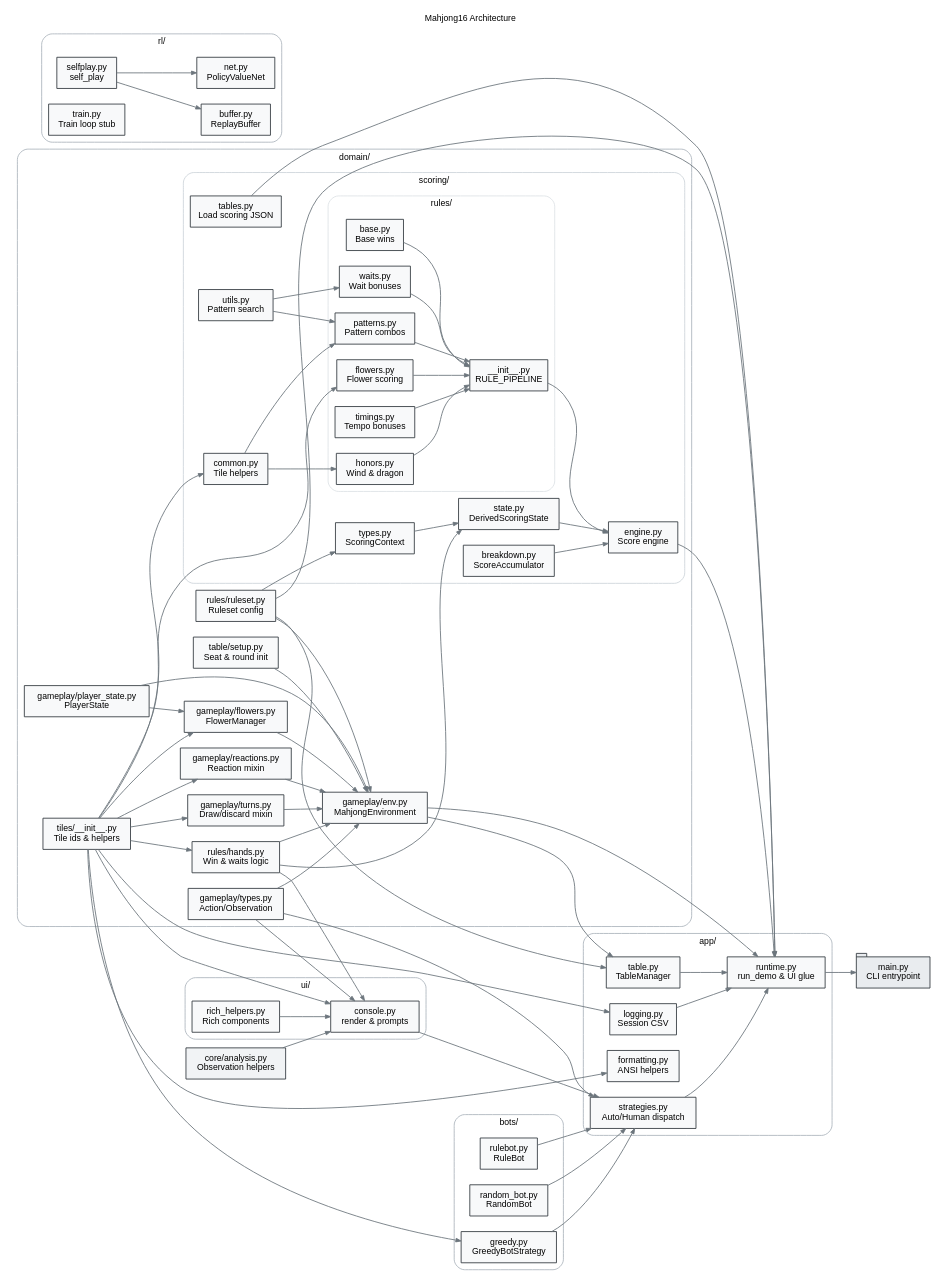
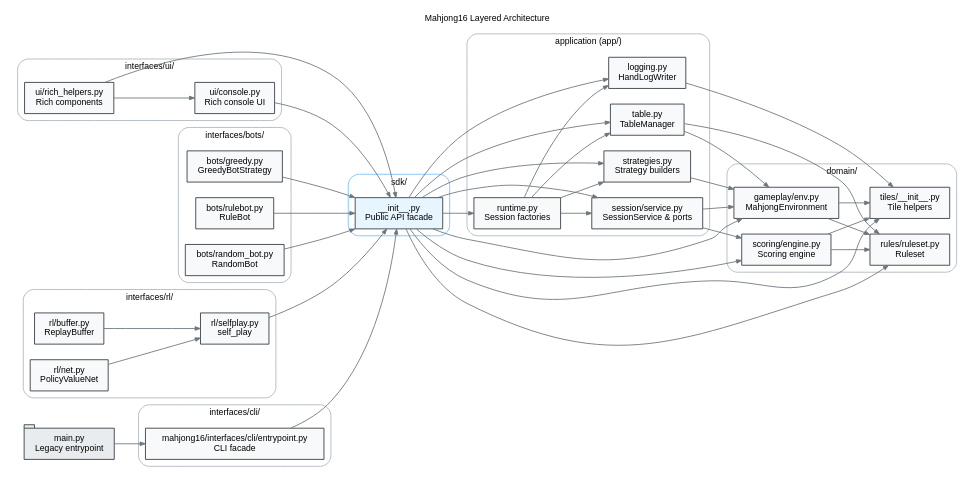
The diagram in docs/architecture/diagram.gv (yuweiiihuang/mahjong16), drawn with Graphviz before and after one commit. The commit also changed 32 other files, not shown here.

Commit message:
feat: introduce sdk facade and interface cli

```diff
--- a/docs/architecture/diagram.gv
+++ b/docs/architecture/diagram.gv
@@ -1,165 +1,111 @@
-// Graphviz diagram of Mahjong16 modules and dependencies
+// Layered architecture for Mahjong16 with SDK facade
 digraph Mahjong16 {
-    graph [rankdir=LR, fontsize=10, fontname="Helvetica", labelloc="t", label="Mahjong16 Architecture"];
+    graph [rankdir=LR, fontsize=10, fontname="Helvetica", labelloc="t", label="Mahjong16 Layered Architecture"];
     node [shape=box, fontsize=10, fontname="Helvetica", style="filled", fillcolor="#f8f9fa", color="#343a40"];
     edge [color="#6c757d", arrowsize=0.6];
+
+    subgraph cluster_interfaces_cli {
+        label = "interfaces/cli/";
+        color = "#adb5bd";
+        style = "rounded";
+        iface_cli_entry [label="mahjong16/interfaces/cli/entrypoint.py\nCLI facade"];
+    }
+
+    subgraph cluster_interfaces_ui {
+        label = "interfaces/ui/";
+        color = "#adb5bd";
+        style = "rounded";
+        ui_console [label="ui/console.py\nRich console UI"];
+        ui_helpers [label="ui/rich_helpers.py\nRich components"];
+    }
+
+    subgraph cluster_interfaces_bots {
+        label = "interfaces/bots/";
+        color = "#adb5bd";
+        style = "rounded";
+        bot_greedy [label="bots/greedy.py\nGreedyBotStrategy"];
+        bot_rule [label="bots/rulebot.py\nRuleBot"];
+        bot_random [label="bots/random_bot.py\nRandomBot"];
+    }
+
+    subgraph cluster_interfaces_rl {
+        label = "interfaces/rl/";
+        color = "#adb5bd";
+        style = "rounded";
+        rl_selfplay [label="rl/selfplay.py\nself_play"];
+        rl_buffer [label="rl/buffer.py\nReplayBuffer"];
+        rl_net [label="rl/net.py\nPolicyValueNet"];
+    }
+
+    subgraph cluster_sdk {
+        label = "sdk/";
+        color = "#74c0fc";
+        style = "rounded";
+        sdk_entry [label="__init__.py\nPublic API facade", fillcolor="#e7f5ff"];
+    }
+
+    subgraph cluster_app {
+        label = "application (app/)";
+        color = "#adb5bd";
+        style = "rounded";
+        app_runtime  [label="runtime.py\nSession factories"];
+        app_session  [label="session/service.py\nSessionService & ports"];
+        app_table    [label="table.py\nTableManager"];
+        app_strat    [label="strategies.py\nStrategy builders"];
+        app_logging  [label="logging.py\nHandLogWriter"];
+    }
 
     subgraph cluster_domain {
         label = "domain/";
         color = "#adb5bd";
         style = "rounded";
-
-        domain_tiles      [label="tiles/__init__.py\nTile ids & helpers"];
-        domain_ruleset    [label="rules/ruleset.py\nRuleset config"];
-        domain_rules_hands[label="rules/hands.py\nWin & waits logic"];
-        domain_game_types [label="gameplay/types.py\nAction/Observation"];
-        domain_player     [label="gameplay/player_state.py\nPlayerState"];
-        domain_flowers    [label="gameplay/flowers.py\nFlowerManager"];
-        domain_turns      [label="gameplay/turns.py\nDraw/discard mixin"];
-        domain_reactions  [label="gameplay/reactions.py\nReaction mixin"];
-        domain_env        [label="gameplay/env.py\nMahjongEnvironment"];
-        domain_table      [label="table/setup.py\nSeat & round init"];
-
-        subgraph cluster_domain_scoring {
-            label = "scoring/";
-            color = "#ced4da";
-            style = "rounded";
-
-            domain_sc_tables    [label="tables.py\nLoad scoring JSON"];
-            domain_sc_types     [label="types.py\nScoringContext"];
-            domain_sc_state     [label="state.py\nDerivedScoringState"];
-            domain_sc_engine    [label="engine.py\nScore engine"];
-            domain_sc_breakdown [label="breakdown.py\nScoreAccumulator"];
-            domain_sc_common    [label="common.py\nTile helpers"];
-            domain_sc_utils     [label="utils.py\nPattern search"];
-
-            subgraph cluster_domain_scoring_rules {
-                label = "rules/";
-                color = "#dee2e6";
-                style = "rounded";
-
-                domain_sc_rules_pipeline [label="__init__.py\nRULE_PIPELINE"];
-                domain_sc_rules_flowers  [label="flowers.py\nFlower scoring"];
-                domain_sc_rules_base     [label="base.py\nBase wins"];
-                domain_sc_rules_waits    [label="waits.py\nWait bonuses"];
-                domain_sc_rules_patterns [label="patterns.py\nPattern combos"];
-                domain_sc_rules_honors   [label="honors.py\nWind & dragon"];
-                domain_sc_rules_timings  [label="timings.py\nTempo bonuses"];
-            }
-        }
+        domain_ruleset [label="rules/ruleset.py\nRuleset"];
+        domain_env     [label="gameplay/env.py\nMahjongEnvironment"];
+        domain_tiles   [label="tiles/__init__.py\nTile helpers"];
+        domain_scoring [label="scoring/engine.py\nScoring engine"];
     }
 
-    core_analysis [label="core/analysis.py\nObservation helpers", fillcolor="#f1f3f5"];
+    main_cli [label="main.py\nLegacy entrypoint", shape=tab, fillcolor="#e9ecef"];
 
-    subgraph cluster_app {
-        label = "app/";
-        color = "#adb5bd";
-        style = "rounded";
-        app_table    [label="table.py\nTableManager"];
-        app_strat    [label="strategies.py\nAuto/Human dispatch"];
-        app_runtime  [label="runtime.py\nrun_demo & UI glue"];
-        app_logging  [label="logging.py\nSession CSV"];
-        app_format   [label="formatting.py\nANSI helpers"];
-    }
+    // Interface dependencies -> sdk
+    main_cli -> iface_cli_entry;
+    iface_cli_entry -> sdk_entry;
+    ui_console -> sdk_entry;
+    ui_helpers -> ui_console;
+    ui_helpers -> sdk_entry;
+    bot_greedy -> sdk_entry;
+    bot_rule -> sdk_entry;
+    bot_random -> sdk_entry;
+    rl_selfplay -> sdk_entry;
+    rl_buffer -> rl_selfplay;
+    rl_net -> rl_selfplay;
 
-    subgraph cluster_ui {
-        label = "ui/";
-        color = "#adb5bd";
-        style = "rounded";
-        ui_console [label="console.py\nrender & prompts"];
-        ui_helpers [label="rich_helpers.py\nRich components"];
-    }
+    // SDK depends on application services and domain primitives
+    sdk_entry -> app_runtime;
+    sdk_entry -> app_session;
+    sdk_entry -> app_table;
+    sdk_entry -> app_strat;
+    sdk_entry -> app_logging;
+    sdk_entry -> domain_ruleset;
+    sdk_entry -> domain_env;
+    sdk_entry -> domain_tiles;
+    sdk_entry -> domain_scoring;
 
-    subgraph cluster_bots {
-        label = "bots/";
-        color = "#adb5bd";
-        style = "rounded";
-        bot_rule   [label="rulebot.py\nRuleBot"];
-        bot_random [label="random_bot.py\nRandomBot"];
-        bot_greedy [label="greedy.py\nGreedyBotStrategy"];
-    }
+    // Application layer depends on domain
+    app_runtime -> app_session;
+    app_runtime -> app_table;
+    app_runtime -> app_strat;
+    app_runtime -> app_logging;
+    app_session -> domain_env;
+    app_session -> domain_scoring;
+    app_table -> domain_ruleset;
+    app_table -> domain_env;
+    app_strat -> domain_env;
+    app_logging -> domain_tiles;
 
-    subgraph cluster_rl {
-        label = "rl/";
-        color = "#adb5bd";
-        style = "rounded";
-        rl_selfplay [label="selfplay.py\nself_play"];
-        rl_buffer   [label="buffer.py\nReplayBuffer"];
-        rl_net      [label="net.py\nPolicyValueNet"];
-        rl_train    [label="train.py\nTrain loop stub"];
-    }
-
-    main_cli [label="main.py\nCLI entrypoint", shape=tab, fillcolor="#e9ecef"];
-
-    // Domain dependencies
-    domain_tiles -> domain_rules_hands;
-    domain_tiles -> domain_flowers;
-    domain_tiles -> domain_turns;
-    domain_tiles -> domain_reactions;
-    domain_tiles -> domain_sc_common;
-    domain_tiles -> domain_sc_rules_flowers;
-    domain_tiles -> ui_console;
-    domain_tiles -> app_logging;
-    domain_tiles -> app_format;
-    domain_tiles -> bot_greedy;
-
-    domain_ruleset -> domain_env;
-    domain_ruleset -> domain_sc_types;
-    domain_ruleset -> app_table;
-    domain_ruleset -> app_runtime;
-
-    domain_game_types -> domain_env;
-    domain_game_types -> ui_console;
-    domain_game_types -> app_strat;
-
-    domain_player -> domain_flowers;
-    domain_player -> domain_env;
-
-    domain_rules_hands -> domain_env;
-    domain_rules_hands -> domain_sc_state;
-    domain_rules_hands -> ui_console;
-
-    domain_flowers -> domain_env;
-
-    domain_turns -> domain_env;
-    domain_reactions -> domain_env;
-    domain_table -> domain_env;
-
-    core_analysis -> ui_console;
-
-    domain_env -> app_table;
-    domain_env -> app_runtime;
-
-    domain_sc_tables -> app_runtime;
-    domain_sc_types -> domain_sc_state;
-    domain_sc_common -> domain_sc_rules_patterns;
-    domain_sc_common -> domain_sc_rules_honors;
-    domain_sc_utils -> domain_sc_rules_patterns;
-    domain_sc_utils -> domain_sc_rules_waits;
-    domain_sc_state -> domain_sc_engine;
-    domain_sc_rules_flowers -> domain_sc_rules_pipeline;
-    domain_sc_rules_base -> domain_sc_rules_pipeline;
-    domain_sc_rules_waits -> domain_sc_rules_pipeline;
-    domain_sc_rules_patterns -> domain_sc_rules_pipeline;
-    domain_sc_rules_honors -> domain_sc_rules_pipeline;
-    domain_sc_rules_timings -> domain_sc_rules_pipeline;
-    domain_sc_rules_pipeline -> domain_sc_engine;
-    domain_sc_engine -> app_runtime;
-    domain_sc_breakdown -> domain_sc_engine;
-
-    ui_helpers -> ui_console;
-
-    app_table -> app_runtime;
-    app_strat -> app_runtime;
-    app_logging -> app_runtime;
-    ui_console -> app_strat;
-
-    bot_rule -> app_strat;
-    bot_random -> app_strat;
-    bot_greedy -> app_strat;
-
-    rl_selfplay -> rl_buffer;
-    rl_selfplay -> rl_net;
-
-    app_runtime -> main_cli;
+    // Domain internal dependencies
+    domain_env -> domain_ruleset;
+    domain_env -> domain_tiles;
+    domain_scoring -> domain_ruleset;
+    domain_scoring -> domain_tiles;
 }
```
